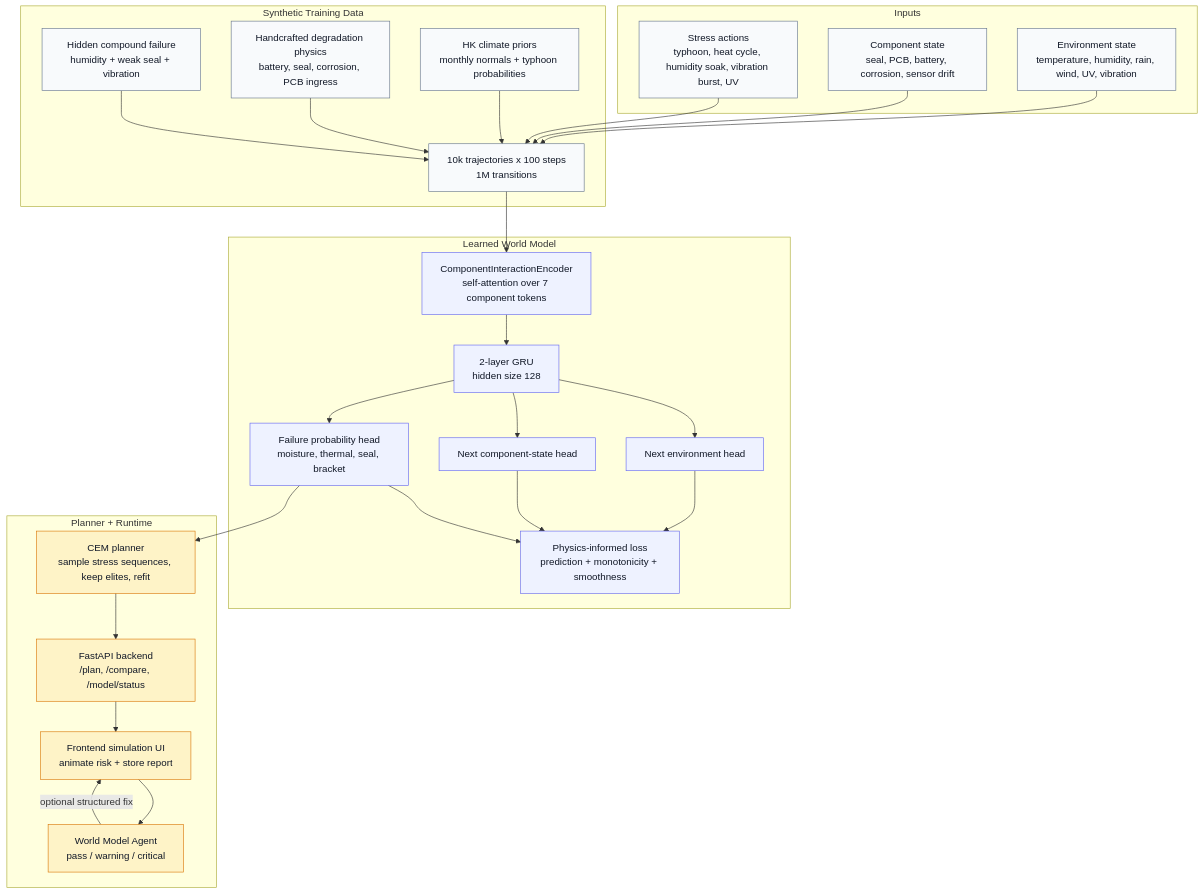
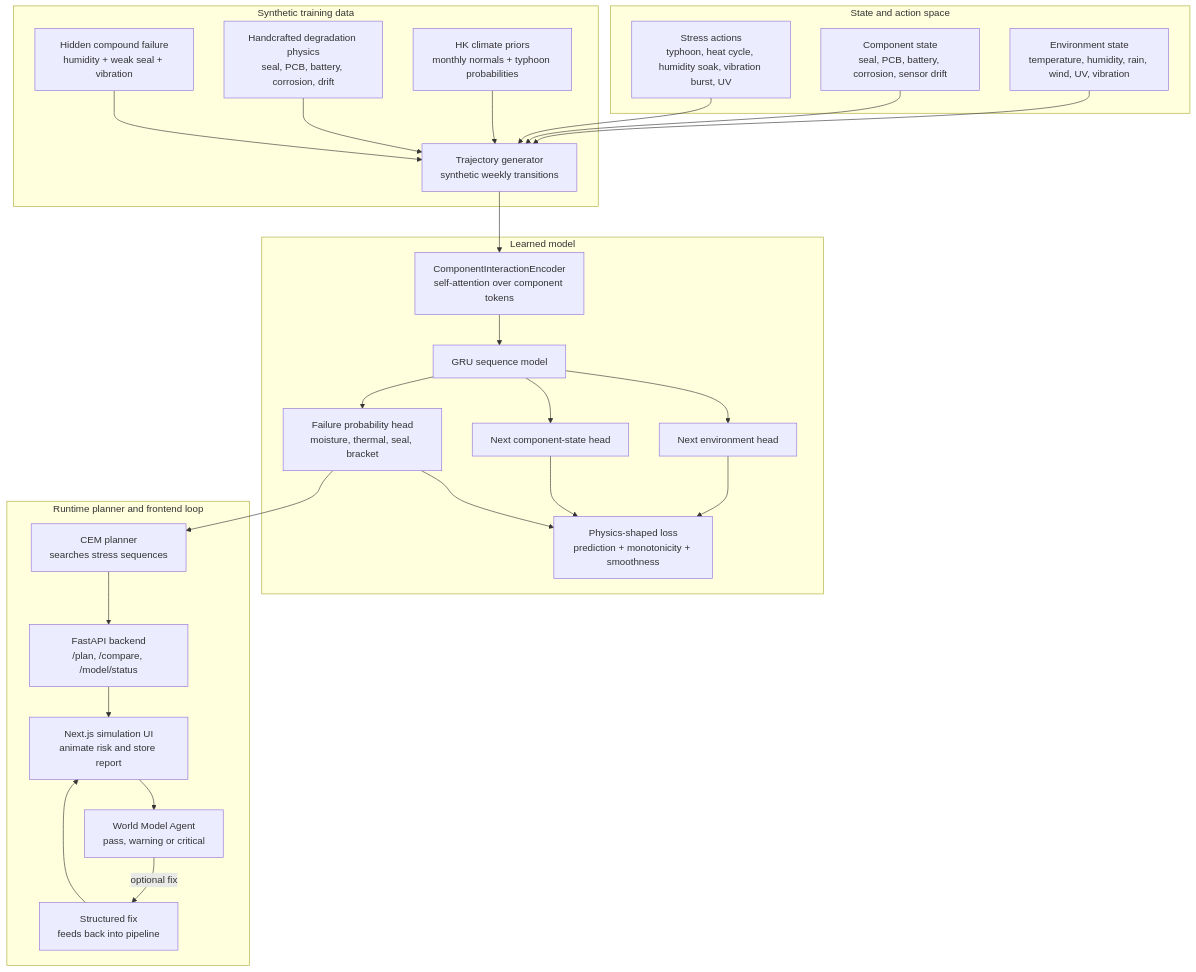
Before and after one commit to Symbioose/eurotech-hack-munich-2026: the second of 2 diagrams in README.md, drawn with Mermaid. The commit also changed other lines of this file, not shown here.

Commit message:
docs: rewrite readme with architecture diagrams

````diff
--- a/README.md
+++ b/README.md
@@ -198,56 +209,47 @@
 ```mermaid
 flowchart TB
-  subgraph Inputs["Inputs"]
+  subgraph Inputs["State and action space"]
     Env["Environment state<br/>temperature, humidity, rain, wind, UV, vibration"]
     ComponentsState["Component state<br/>seal, PCB, battery, corrosion, sensor drift"]
     Actions["Stress actions<br/>typhoon, heat cycle, humidity soak, vibration burst, UV"]
   end
 
-  subgraph Synthetic["Synthetic Training Data"]
+  subgraph Synthetic["Synthetic training data"]
     Climate["HK climate priors<br/>monthly normals + typhoon probabilities"]
-    Physics["Handcrafted degradation physics<br/>battery, seal, corrosion, PCB ingress"]
+    Physics["Handcrafted degradation physics<br/>seal, PCB, battery, corrosion, drift"]
     Hidden["Hidden compound failure<br/>humidity + weak seal + vibration"]
-    Dataset["10k trajectories x 100 steps<br/>1M transitions"]
+    Dataset["Trajectory generator<br/>synthetic weekly transitions"]
   end
 
-  subgraph Model["Learned World Model"]
-    Encoder["ComponentInteractionEncoder<br/>self-attention over 7 component tokens"]
-    GRU["2-layer GRU<br/>hidden size 128"]
+  subgraph Model["Learned model"]
+    Encoder["ComponentInteractionEncoder<br/>self-attention over component tokens"]
+    GRU["GRU sequence model"]
     EnvHead["Next environment head"]
     ComponentHead["Next component-state head"]
     FailureHead["Failure probability head<br/>moisture, thermal, seal, bracket"]
-    Loss["Physics-informed loss<br/>prediction + monotonicity + smoothness"]
+    Loss["Physics-shaped loss<br/>prediction + monotonicity + smoothness"]
   end
 
-  subgraph Planner["Planner + Runtime"]
-    CEM["CEM planner<br/>sample stress sequences, keep elites, refit"]
-    Backend["FastAPI backend<br/>/plan, /compare, /model/status"]
-    Frontend["Frontend simulation UI<br/>animate risk + store report"]
-    Verdict["World Model Agent<br/>pass / warning / critical"]
+  subgraph Runtime["Runtime planner and frontend loop"]
+    Planner["CEM planner<br/>searches stress sequences"]
+    API["FastAPI backend<br/>/plan, /compare, /model/status"]
+    Frontend["Next.js simulation UI<br/>animate risk and store report"]
+    Verdict["World Model Agent<br/>pass, warning or critical"]
+    Fix["Structured fix<br/>feeds back into pipeline"]
   end
 
   Env --> Dataset
   ComponentsState --> Dataset
   Actions --> Dataset
   Climate --> Dataset
   Physics --> Dataset
   Hidden --> Dataset
 
   Dataset --> Encoder --> GRU
-  GRU --> EnvHead
-  GRU --> ComponentHead
-  GRU --> FailureHead
-  EnvHead --> Loss
-  ComponentHead --> Loss
-  FailureHead --> Loss
+  GRU --> EnvHead --> Loss
+  GRU --> ComponentHead --> Loss
+  GRU --> FailureHead --> Loss
 
-  FailureHead --> CEM --> Backend --> Frontend --> Verdict
-  Verdict -->|optional structured fix| Frontend
-
-  classDef data fill:#f8fafc,stroke:#64748b,color:#111827;
-  classDef model fill:#eef2ff,stroke:#6366f1,color:#111827;
-  classDef runtime fill:#fef3c7,stroke:#d97706,color:#111827;
-  class Env,ComponentsState,Actions,Climate,Physics,Hidden,Dataset data;
-  class Encoder,GRU,EnvHead,ComponentHead,FailureHead,Loss model;
-  class CEM,Backend,Frontend,Verdict runtime;
+  FailureHead --> Planner --> API --> Frontend --> Verdict
+  Verdict -->|optional fix| Fix --> Frontend
 ```
````
